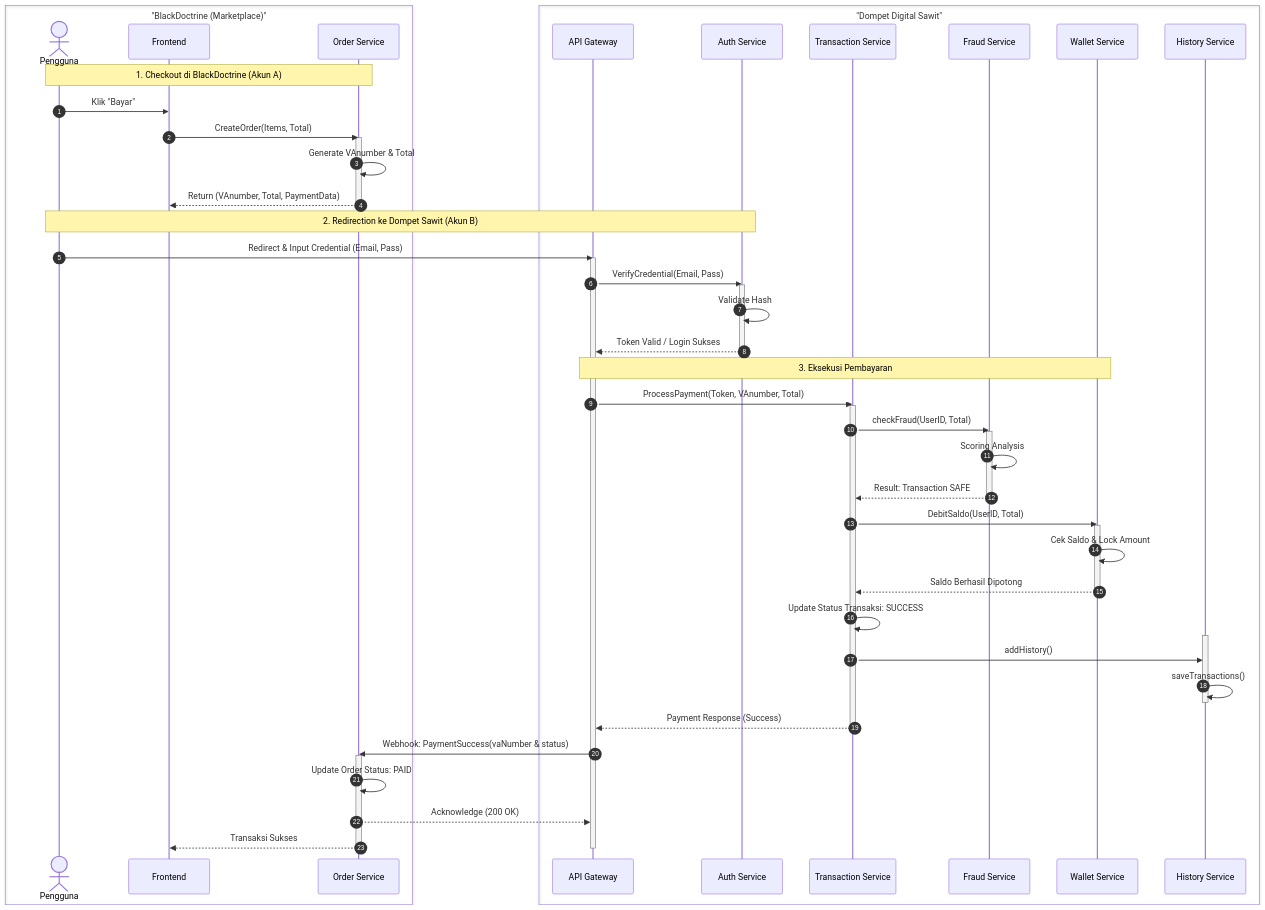
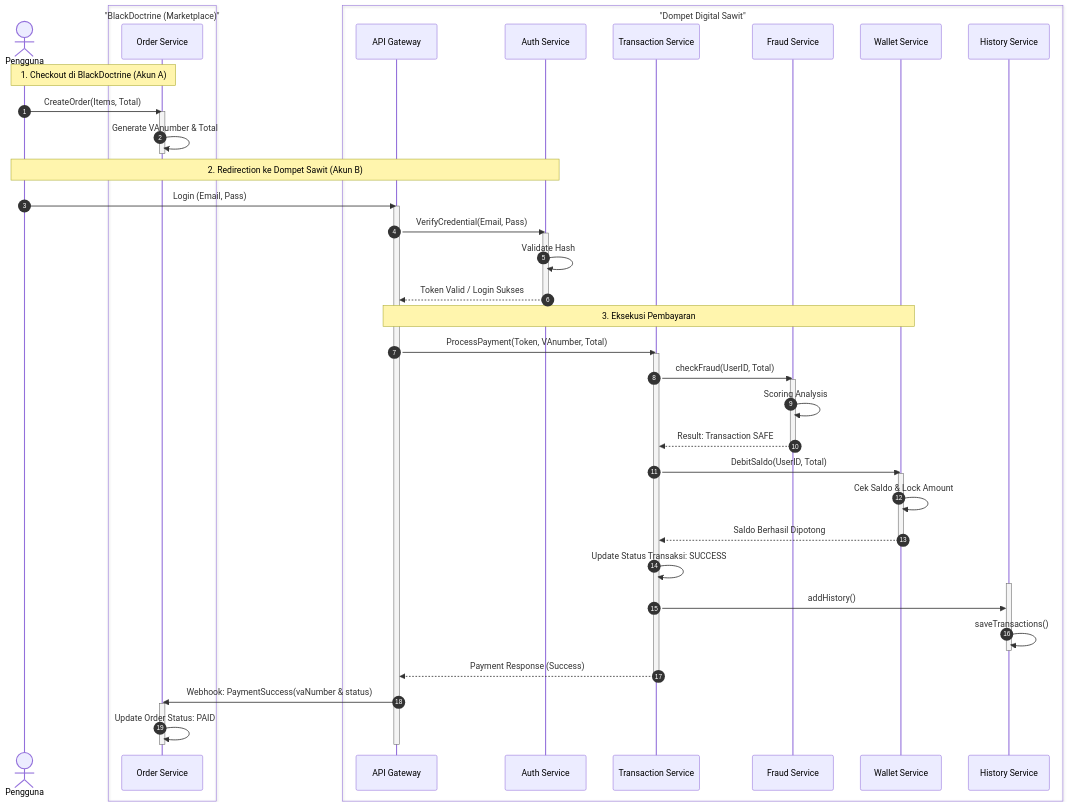
Before and after one commit to AAkmalAmran/Project-UAS-IAE_Dompet-Digital-Sawit: the second of 2 diagrams in readme.md, drawn with Mermaid.

Commit message:
Refine sequence diagram in README
Updated sequence diagram to reflect user interactions and removed redundant actor declarations.

````diff
--- a/readme.md
+++ b/readme.md
@@ -339,77 +339,72 @@
 ```mermaid
 sequenceDiagram
     autonumber
-    
+
+    actor User as Pengguna
     box "BlackDoctrine (Marketplace)" #FFFFFF
-        actor User as Pengguna
-        participant FE as Frontend
         participant Order as Order Service
     end
 
     box "Dompet Digital Sawit" #1E4D2B
         participant Gateway as API Gateway
         participant Auth as Auth Service
         participant Trans as Transaction Service
         participant Fraud as Fraud Service
         participant Wallet as Wallet Service
         participant History as History Service
     end
 
     Note over User, Order: 1. Checkout di BlackDoctrine (Akun A)
 
-    User->>FE: Klik "Bayar"
-    FE->>Order: CreateOrder(Items, Total)
+    User->>Order: CreateOrder(Items, Total)
     activate Order
     Order->>Order: Generate VAnumber & Total
-    Order-->>FE: Return (VAnumber, Total, PaymentData)
     deactivate Order
 
     Note over User, Auth: 2. Redirection ke Dompet Sawit (Akun B)
 
-    User->>Gateway: Redirect & Input Credential (Email, Pass)
+    User->>Gateway: Login (Email, Pass)
     activate Gateway
     Gateway->>Auth: VerifyCredential(Email, Pass)
     activate Auth
     Auth->>Auth: Validate Hash
     Auth-->>Gateway: Token Valid / Login Sukses
     deactivate Auth
 
     Note over Gateway, Wallet: 3. Eksekusi Pembayaran
 
     Gateway->>Trans: ProcessPayment(Token, VAnumber, Total)
     activate Trans
     
         Trans->>Fraud: checkFraud(UserID, Total)
         activate Fraud
         Fraud->>Fraud: Scoring Analysis
         Fraud-->>Trans: Result: Transaction SAFE
         deactivate Fraud
 
         Trans->>Wallet: DebitSaldo(UserID, Total)
         activate Wallet
         Wallet->>Wallet: Cek Saldo & Lock Amount
         Wallet-->>Trans: Saldo Berhasil Dipotong
         deactivate Wallet
         Trans->>Trans: Update Status Transaksi: SUCCESS
 
         activate History
         Trans->>History: addHistory()
         History->>History: saveTransactions()
         deactivate History
 
     Trans-->>Gateway: Payment Response (Success)
 
     deactivate Trans
 
 
     Gateway->>Order: Webhook: PaymentSuccess(vaNumber & status)
 
     activate Order
     Order->>Order: Update Order Status: PAID
-    Order-->>Gateway: Acknowledge (200 OK)
-    Order-->>FE: Transaksi Sukses
     deactivate Order
 
     
     deactivate Gateway
 ```
````
